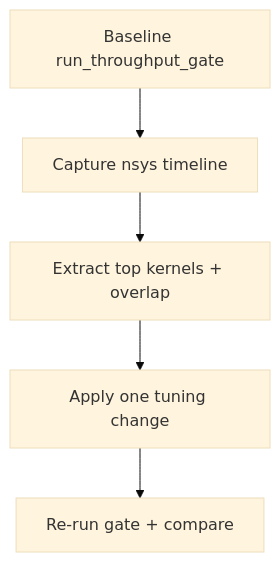
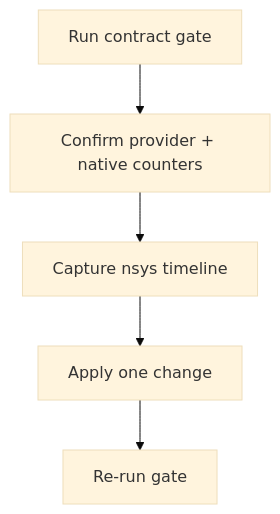
The second of 2 diagrams in docs/MONITORING.md (vjsingh1984/inferflux), drawn with Mermaid (base theme) before and after one commit. The commit also changed other lines of this file and 11 other files, not shown here.

````diff
--- a/docs/MONITORING.md
+++ b/docs/MONITORING.md
@@ -97,7 +81,7 @@
 ```mermaid
 flowchart TD
-    A[Baseline run_throughput_gate] --> B[Capture nsys timeline]
-    B --> C[Extract top kernels + overlap]
-    C --> D[Apply one tuning change]
-    D --> E[Re-run gate + compare]
+    A[Run contract gate] --> B[Confirm provider + native counters]
+    B --> C[Capture nsys timeline]
+    C --> D[Apply one change]
+    D --> E[Re-run gate]
 ```
````
